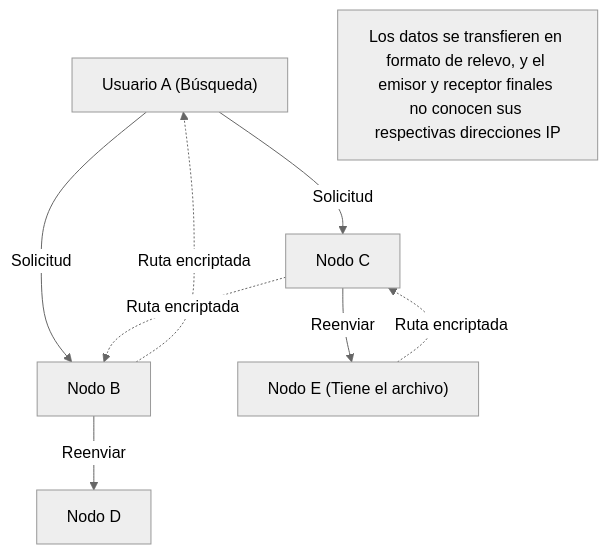
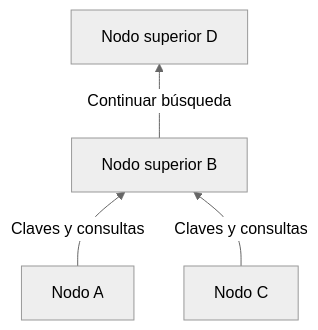
One commit to kenjinote/blog changed the first of 2 diagrams in content/post/history-of-winny/index.es.md. Above: the diagram before and after it, drawn with Mermaid (neutral theme). The commit also changed other lines of this file and 13 other files, not shown here.

````diff
--- a/content/post/history-of-winny/index.es.md
+++ b/content/post/history-of-winny/index.es.md
@@ -52,11 +47,6 @@
 ```mermaid
-graph TD
-    NodeA["Usuario A (Búsqueda)"] -->|"Solicitud"| NodeB["Nodo B"]
-    NodeA -->|"Solicitud"| NodeC["Nodo C"]
-    NodeB -->|"Reenviar"| NodeD["Nodo D"]
-    NodeC -->|"Reenviar"| NodeE["Nodo E (Tiene el archivo)"]
-    NodeE -.->|"Ruta encriptada"| NodeC
-    NodeC -.->|"Ruta encriptada"| NodeB
-    NodeB -.->|"Ruta encriptada"| NodeA
-    Note["Los datos se transfieren en formato de relevo, y el emisor y receptor finales no conocen sus respectivas direcciones IP"]
+flowchart BT
+    A["Nodo A"] -->|"Claves y consultas"| B["Nodo superior B"]
+    C["Nodo C"] -->|"Claves y consultas"| B
+    B -->|"Continuar búsqueda"| D["Nodo superior D"]
 ```
````
